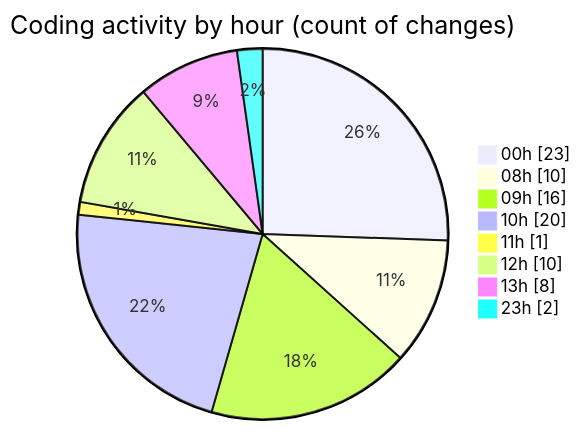
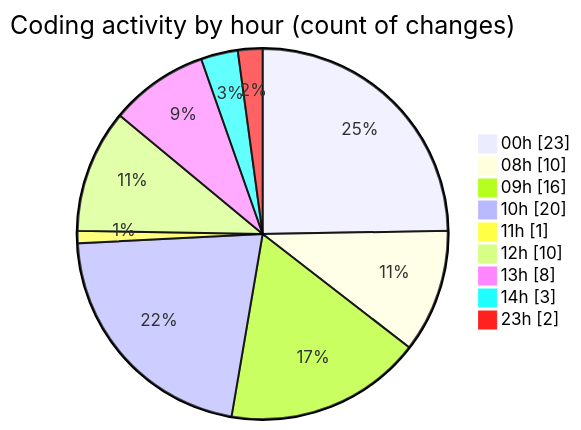
One commit to Elitesun/code-tracking changed the second of 2 diagrams in 2025-05-29/advertise/README.md. Above: the diagram before and after it, drawn with Mermaid. The commit also changed other lines of this file and 1 other file, not shown here.

````diff
--- a/2025-05-29/advertise/README.md
+++ b/2025-05-29/advertise/README.md
@@ -38,12 +38,13 @@
 ```mermaid
 pie showData
 title Coding activity by hour (count of changes)
 "00h" : 23
 "08h" : 10
 "09h" : 16
 "10h" : 20
 "11h" : 1
 "12h" : 10
 "13h" : 8
+"14h" : 3
 "23h" : 2
 ```
````
